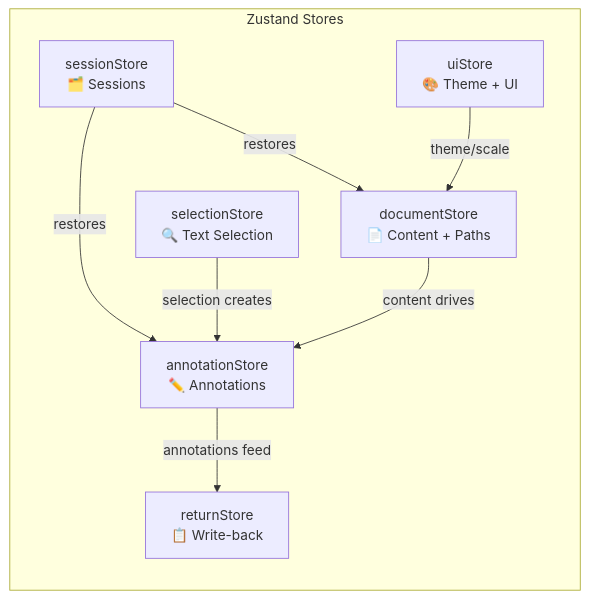
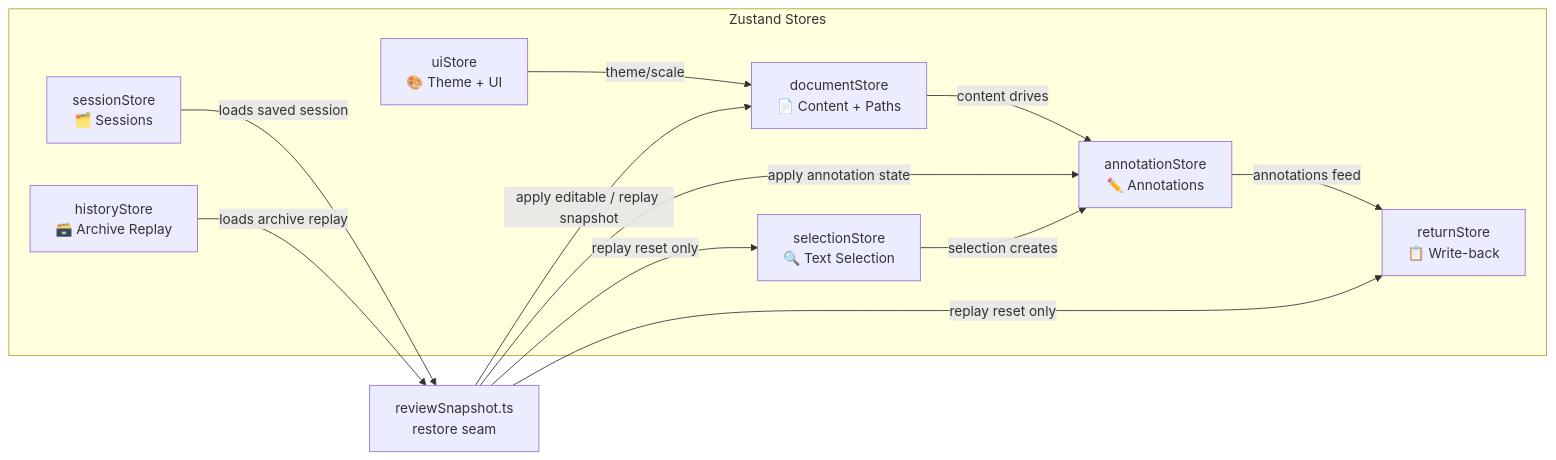
One commit to BobDLA/cliv changed the ninth of 22 diagrams in docs/demo/demo.md. Above: the diagram before and after it, drawn with Mermaid. The commit also changed other lines of this file and 10 other files, not shown here.

Commit message:
refactor: unify session history boundary

````diff
--- a/docs/demo/demo.md
+++ b/docs/demo/demo.md
@@ -576,18 +583,25 @@
 ```mermaid
 graph LR
     subgraph "Zustand Stores"
         DS["documentStore<br/>📄 Content + Paths"]
         AS["annotationStore<br/>✏️ Annotations"]
         SS["selectionStore<br/>🔍 Text Selection"]
         RS["returnStore<br/>📋 Write-back"]
         SES["sessionStore<br/>🗂️ Sessions"]
+        HS["historyStore<br/>🗃️ Archive Replay"]
         UI["uiStore<br/>🎨 Theme + UI"]
     end
+
+    SNAP["reviewSnapshot.ts<br/>restore seam"]
 
     DS -->|"content drives"| AS
     AS -->|"annotations feed"| RS
     SS -->|"selection creates"| AS
-    SES -->|"restores"| DS
-    SES -->|"restores"| AS
+    SES -->|"loads saved session"| SNAP
+    HS -->|"loads archive replay"| SNAP
+    SNAP -->|"apply editable / replay snapshot"| DS
+    SNAP -->|"apply annotation state"| AS
+    SNAP -->|"replay reset only"| SS
+    SNAP -->|"replay reset only"| RS
     UI -->|"theme/scale"| DS
 ```
````
